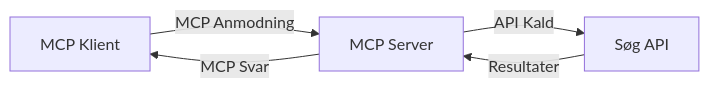
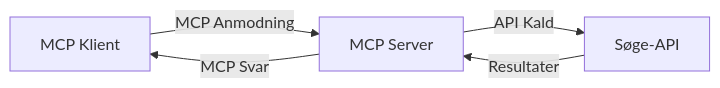
Before and after one commit to microsoft/mcp-for-beginners: the second of 4 diagrams in translations/da/05-AdvancedTopics/mcp-realtimesearch/README.md, drawn with Mermaid. The commit also changed other lines of this file and 156 other files, not shown here.

````diff
--- a/translations/da/05-AdvancedTopics/mcp-realtimesearch/README.md
+++ b/translations/da/05-AdvancedTopics/mcp-realtimesearch/README.md
@@ -598,7 +600,7 @@
 ```mermaid
 graph LR
     Client[MCP Klient] --> |MCP Anmodning| Server[MCP Server]
-    Server --> |API Kald| SearchAPI[Søg API]
+    Server --> |API Kald| SearchAPI[Søge-API]
     SearchAPI --> |Resultater| Server
     Server --> |MCP Svar| Client
 ```
````
